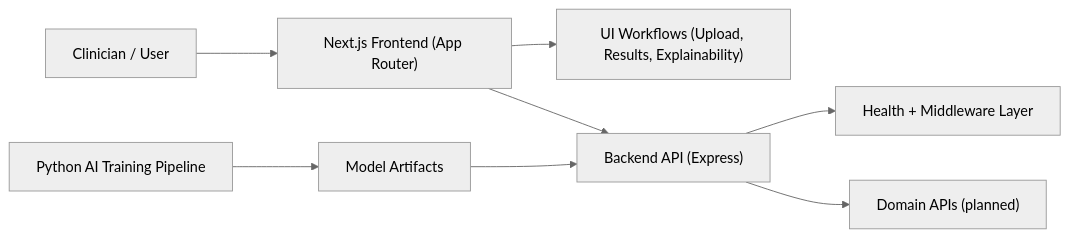
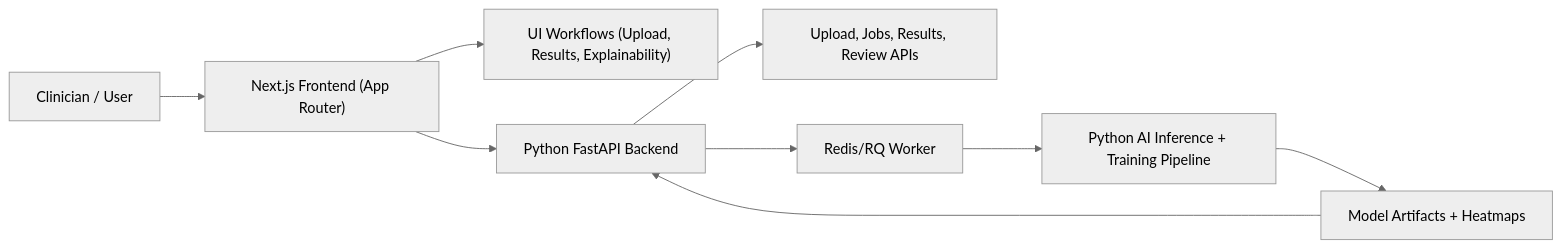
The diagram in README.md (richardwaters9049/LukaScope), drawn with Mermaid (neutral theme) before and after one commit. The commit also changed other lines of this file and 58 other files, not shown here.

First line of the commit message:
Replace Express backend with FastAPI AI analysis stack

````diff
--- a/README.md
+++ b/README.md
@@ -158,10 +158,11 @@
 ```mermaid
 flowchart LR
   A["Clinician / User"] --> B["Next.js Frontend (App Router)"]
   B --> C["UI Workflows (Upload, Results, Explainability)"]
-  B --> D["Backend API (Express)"]
-  D --> E["Health + Middleware Layer"]
-  D --> F["Domain APIs (planned)"]
-  G["Python AI Training Pipeline"] --> H["Model Artifacts"]
+  B --> D["Python FastAPI Backend"]
+  D --> E["Upload, Jobs, Results, Review APIs"]
+  D --> F["Redis/RQ Worker"]
+  F --> G["Python AI Inference + Training Pipeline"]
+  G --> H["Model Artifacts + Heatmaps"]
   H --> D
 ```
````
